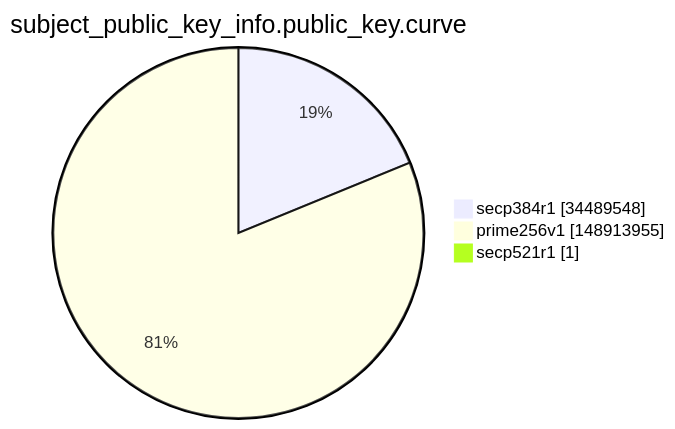
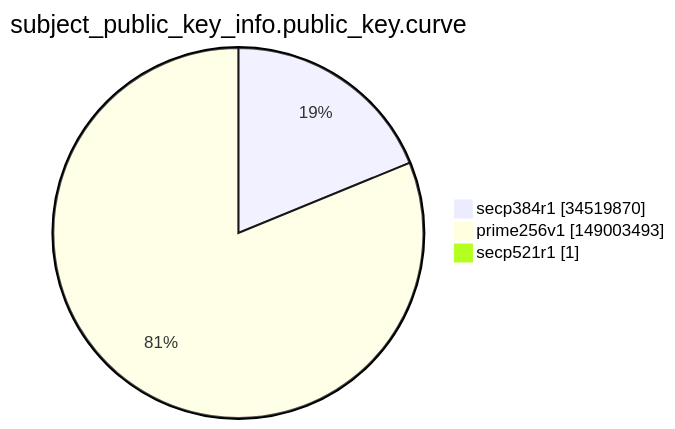
One commit to christiankrug/ctmonitor_visualization changed the ninth of 15 diagrams in argon2022/README.md. Above: the diagram before and after it, drawn with Mermaid. The commit also changed other lines of this file, not shown here.

````diff
--- a/argon2022/README.md
+++ b/argon2022/README.md
@@ -2764,7 +2764,7 @@
 ```mermaid
 pie showData
 title subject_public_key_info.public_key.curve
-"secp384r1" :34489548
-"prime256v1" :148913955
+"secp384r1" :34519870
+"prime256v1" :149003493
 "secp521r1" :1
 ```
````
